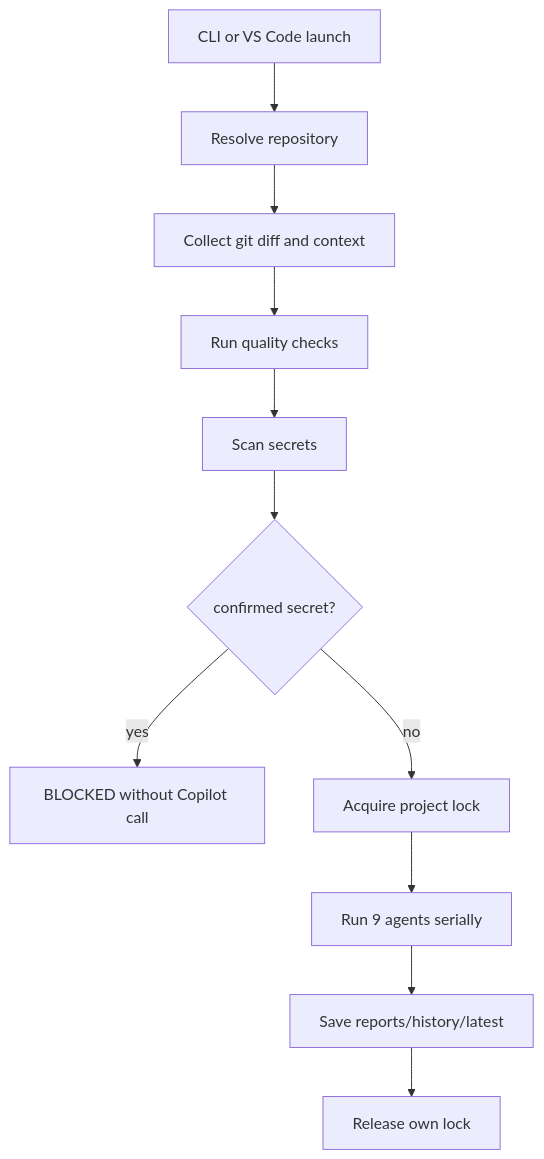
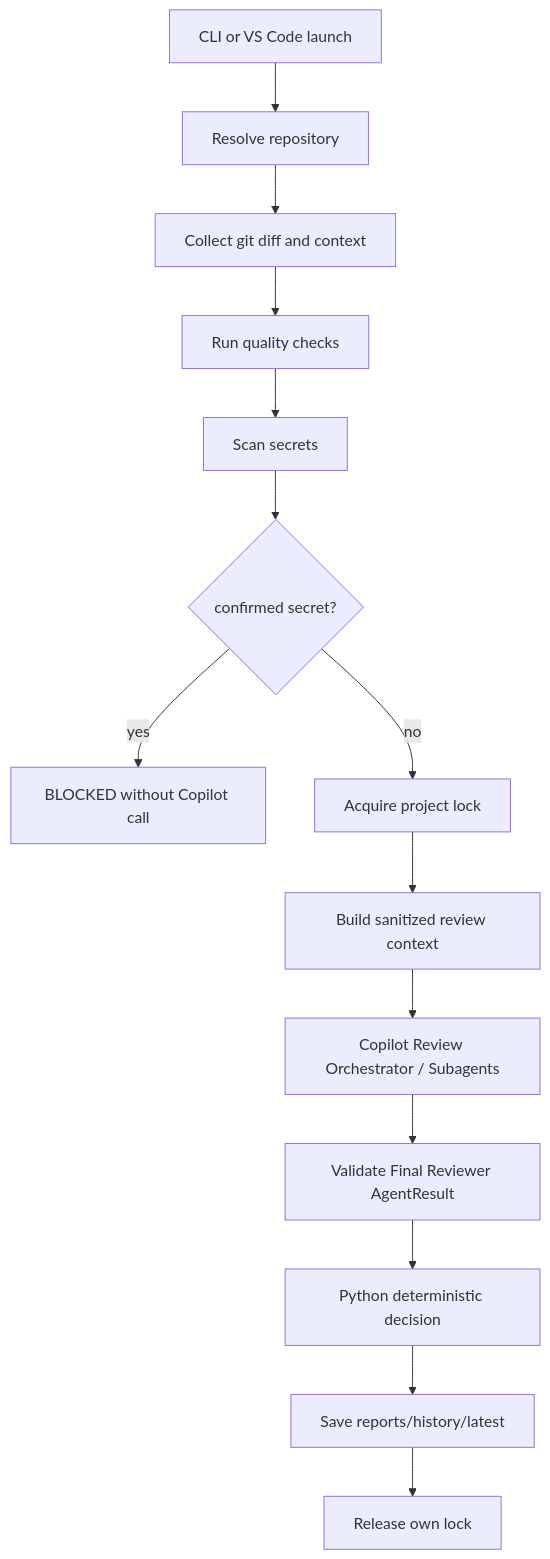
Before and after one commit to yantzn/copilot-multi-review: the first of 4 diagrams in docs/architecture.md, drawn with Mermaid. The commit also changed other lines of this file and 9 other files, not shown here.

````diff
--- a/docs/architecture.md
+++ b/docs/architecture.md
@@ -16,13 +16,16 @@
 ```mermaid
 flowchart TD
   A["CLI or VS Code launch"] --> B["Resolve repository"]
   B --> C["Collect git diff and context"]
   C --> D["Run quality checks"]
   D --> E["Scan secrets"]
   E --> F{"confirmed secret?"}
   F -->|yes| G["BLOCKED without Copilot call"]
   F -->|no| H["Acquire project lock"]
-  H --> I["Run 9 agents serially"]
-  I --> J["Save reports/history/latest"]
+  H --> I["Build sanitized review context"]
+  I --> O["Copilot Review Orchestrator / Subagents"]
+  O --> V["Validate Final Reviewer AgentResult"]
+  V --> R["Python deterministic decision"]
+  R --> J["Save reports/history/latest"]
   J --> K["Release own lock"]
 ```
````
